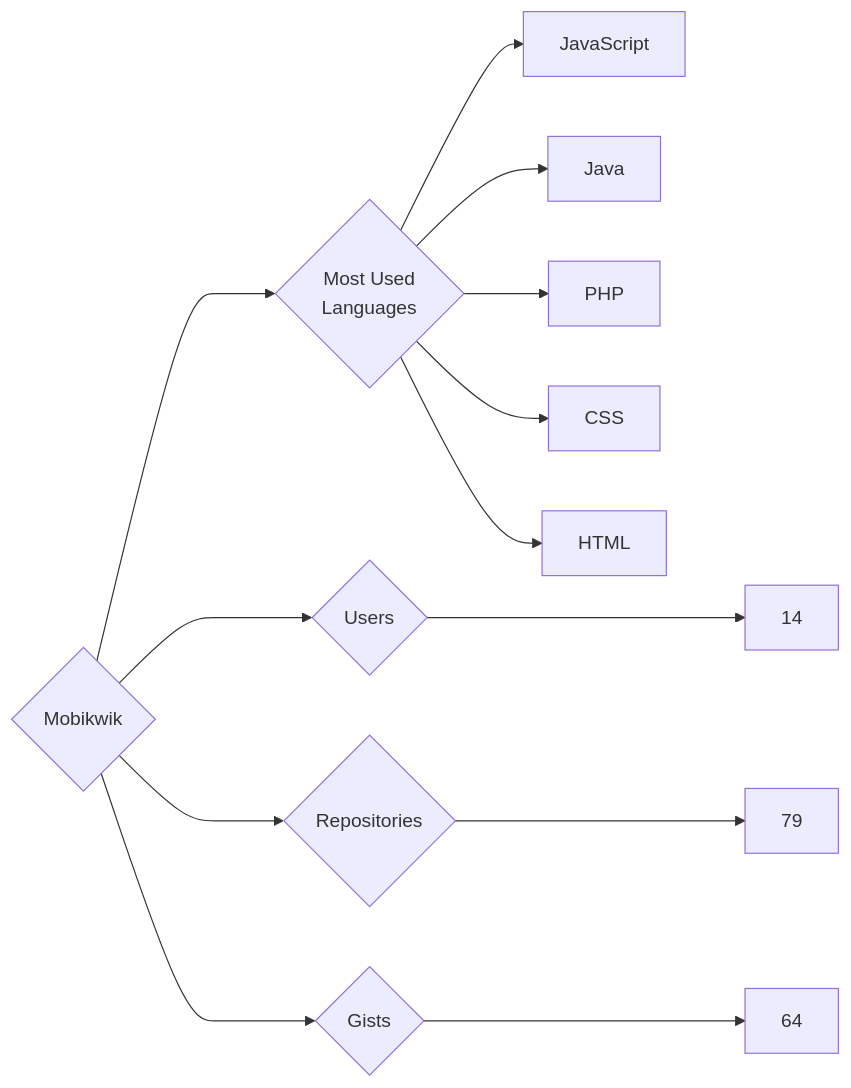
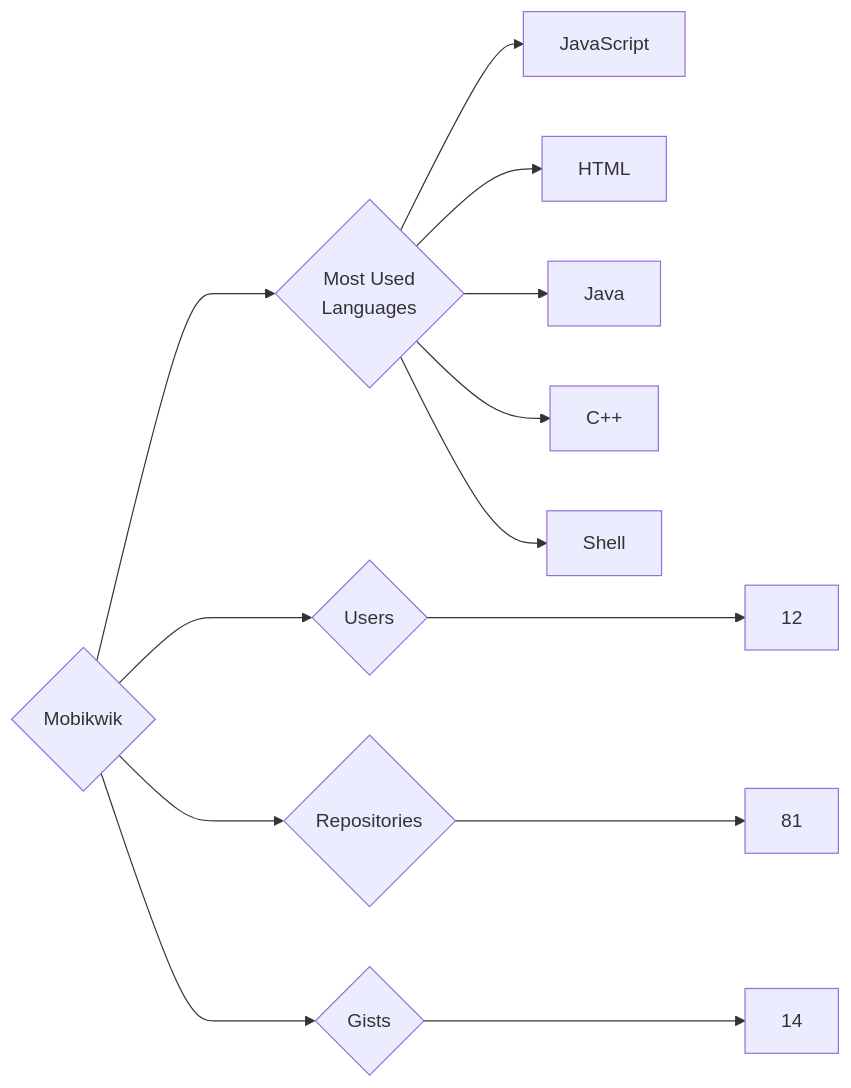
The diagram in targets/Mobikwik/README.md (trickest/insiders), drawn with Mermaid before and after one commit. The commit also changed 1484 other files, not shown here.

````diff
--- a/targets/Mobikwik/README.md
+++ b/targets/Mobikwik/README.md
@@ -3,13 +3,13 @@
 ```mermaid
 graph LR
 COMPANY_NAME{Mobikwik}
-COMPANY_NAME ---> U{Users} ---> UN[14]
-COMPANY_NAME ---> R{Repositories} ---> RN[79]
-COMPANY_NAME ---> G{Gists} ---> GN[64]
+COMPANY_NAME ---> U{Users} ---> UN[12]
+COMPANY_NAME ---> R{Repositories} ---> RN[81]
+COMPANY_NAME ---> G{Gists} ---> GN[14]
 COMPANY_NAME ---> ML{Most Used<br>Languages}
 ML --> JavaScript[JavaScript]
+ML --> HTML[HTML]
 ML --> Java[Java]
-ML --> PHP[PHP]
-ML --> CSS[CSS]
-ML --> HTML[HTML]
+ML --> C++[C++]
+ML --> Shell[Shell]
 ```
````
